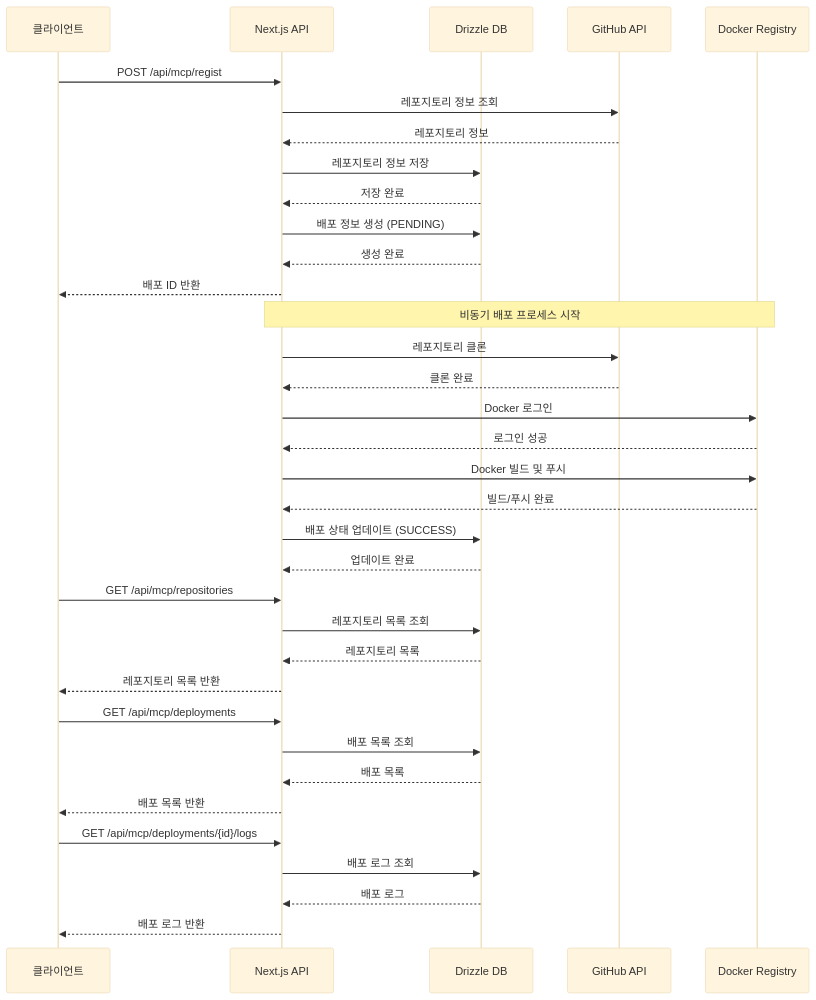
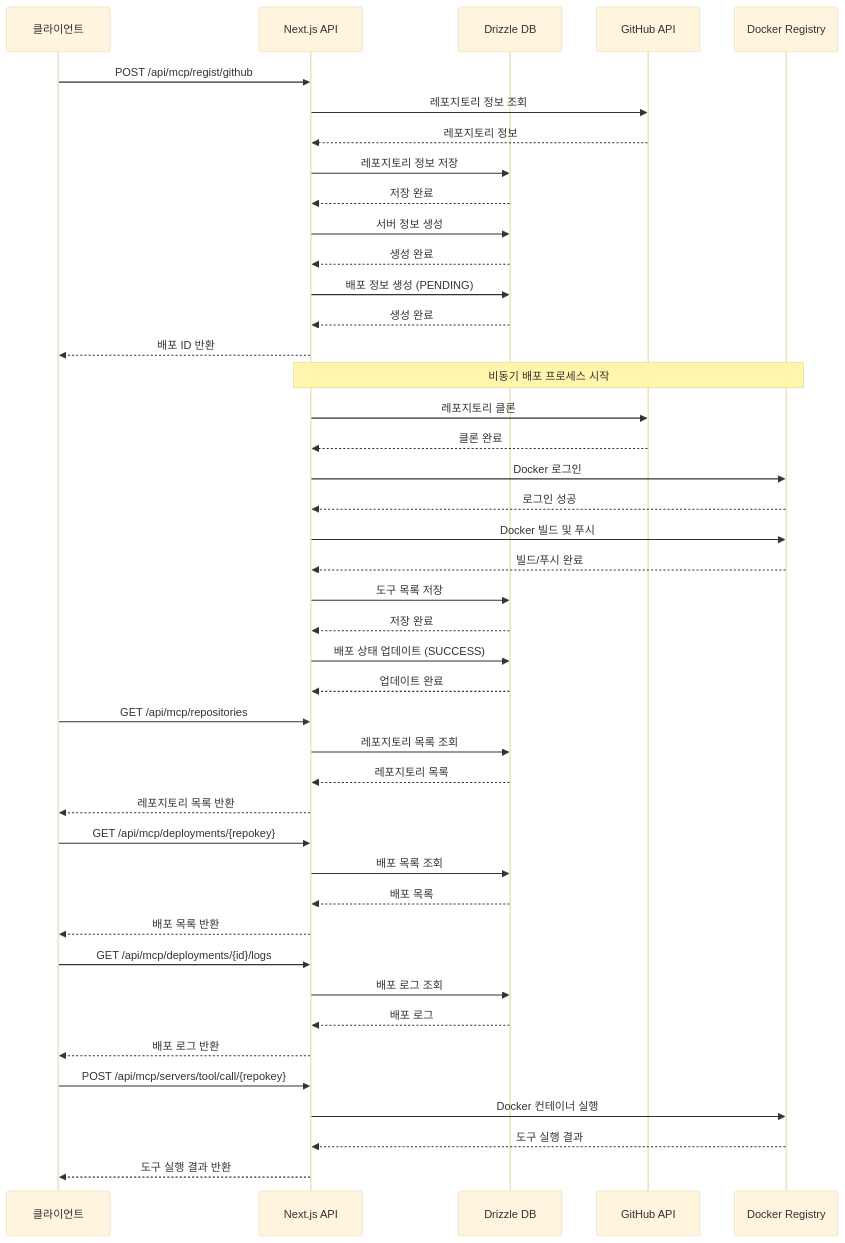
One commit to JHSeo-git/mcp-registry changed the diagram in docs/process-flow.md. Above: the diagram before and after it, drawn with Mermaid (base theme). The commit also changed other lines of this file and 8 other files, not shown here.

````diff
--- a/docs/process-flow.md
+++ b/docs/process-flow.md
@@ -1,47 +1,57 @@
 ```mermaid
 sequenceDiagram
     participant Client as 클라이언트
     participant API as Next.js API
     participant DB as Drizzle DB
     participant GitHub as GitHub API
     participant Docker as Docker Registry
 
     %% 레포지토리 등록 프로세스
-    Client->>API: POST /api/mcp/regist
+    Client->>API: POST /api/mcp/regist/github
     API->>GitHub: 레포지토리 정보 조회
     GitHub-->>API: 레포지토리 정보
     API->>DB: 레포지토리 정보 저장
     DB-->>API: 저장 완료
+    API->>DB: 서버 정보 생성
+    DB-->>API: 생성 완료
     API->>DB: 배포 정보 생성 (PENDING)
     DB-->>API: 생성 완료
     API-->>Client: 배포 ID 반환
 
     %% 배포 프로세스 (비동기)
     Note over API,Docker: 비동기 배포 프로세스 시작
     API->>GitHub: 레포지토리 클론
     GitHub-->>API: 클론 완료
     API->>Docker: Docker 로그인
     Docker-->>API: 로그인 성공
     API->>Docker: Docker 빌드 및 푸시
     Docker-->>API: 빌드/푸시 완료
+    API->>DB: 도구 목록 저장
+    DB-->>API: 저장 완료
     API->>DB: 배포 상태 업데이트 (SUCCESS)
     DB-->>API: 업데이트 완료
 
     %% 레포지토리 목록 조회
     Client->>API: GET /api/mcp/repositories
     API->>DB: 레포지토리 목록 조회
     DB-->>API: 레포지토리 목록
     API-->>Client: 레포지토리 목록 반환
 
     %% 배포 목록 조회
-    Client->>API: GET /api/mcp/deployments
+    Client->>API: GET /api/mcp/deployments/{repokey}
     API->>DB: 배포 목록 조회
     DB-->>API: 배포 목록
     API-->>Client: 배포 목록 반환
 
     %% 배포 로그 조회
     Client->>API: GET /api/mcp/deployments/{id}/logs
     API->>DB: 배포 로그 조회
     DB-->>API: 배포 로그
     API-->>Client: 배포 로그 반환
+
+    %% 도구 호출
+    Client->>API: POST /api/mcp/servers/tool/call/{repokey}
+    API->>Docker: Docker 컨테이너 실행
+    Docker-->>API: 도구 실행 결과
+    API-->>Client: 도구 실행 결과 반환
 ```
````
